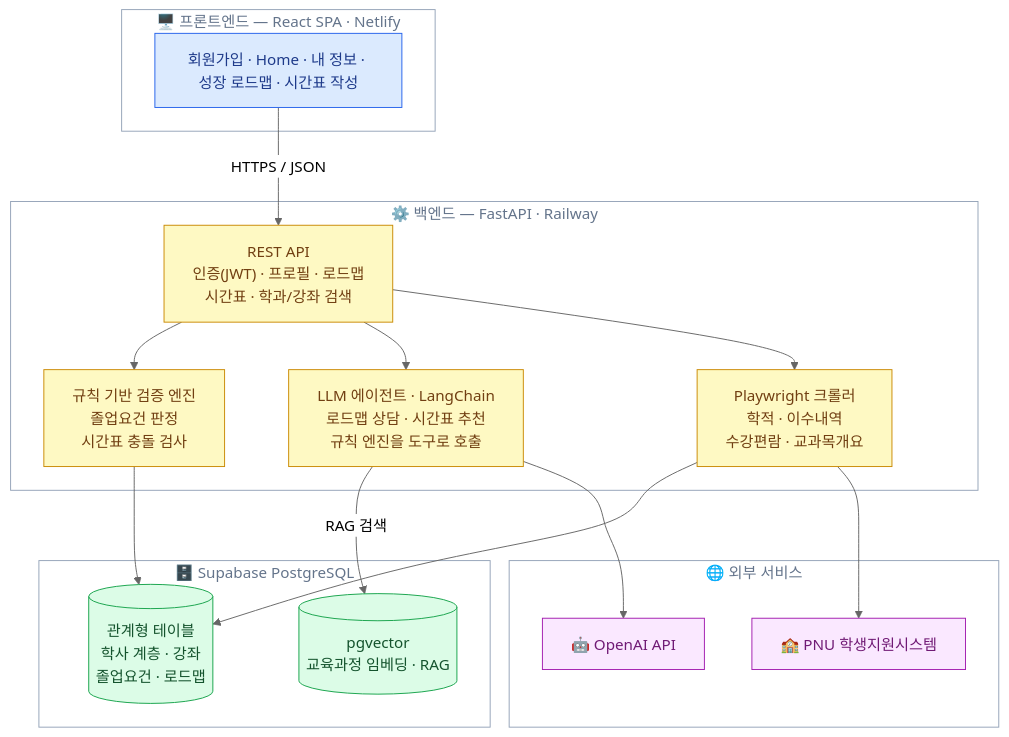
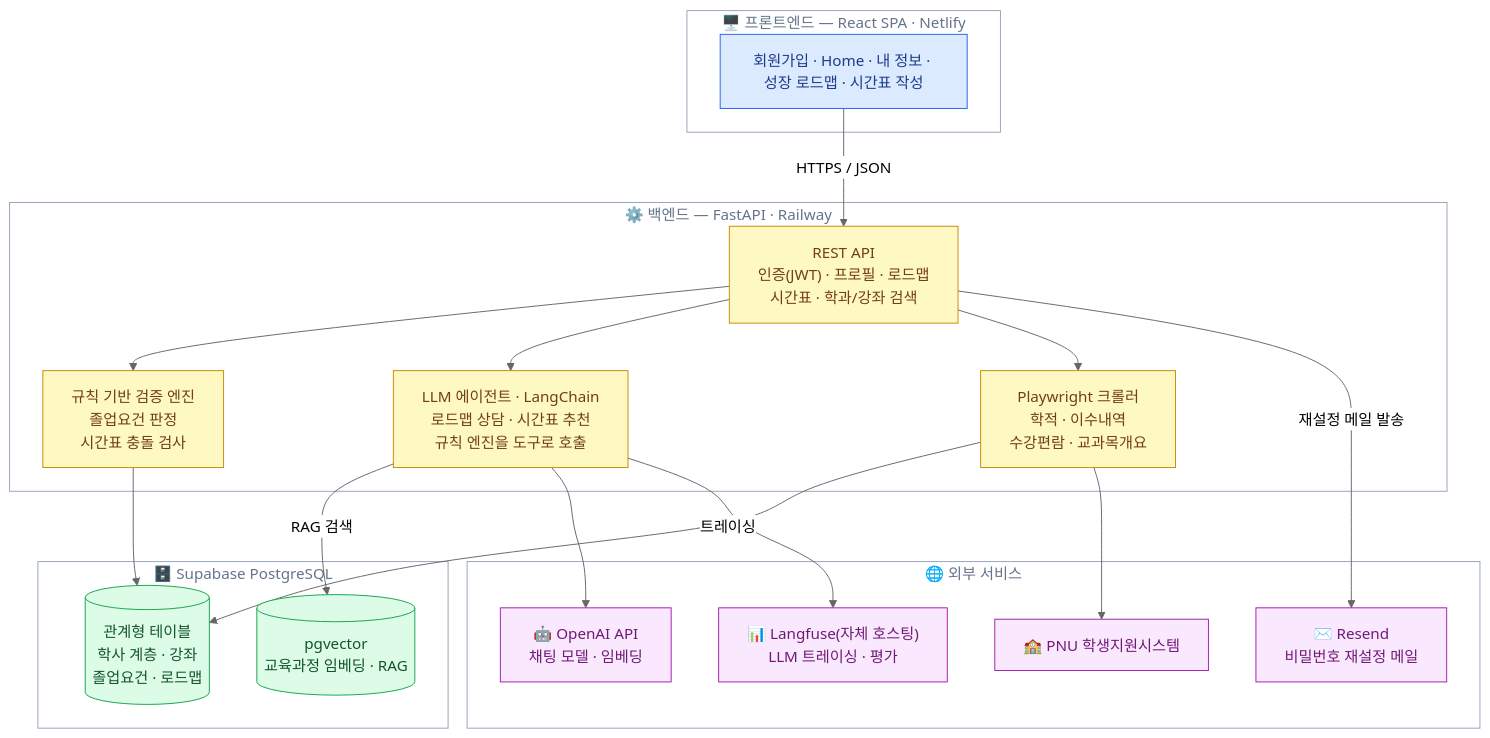
Before and after one commit to PNU-2026-AI-Hackathon/pnuai-a-03-team-u: the first of 3 diagrams in README.md, drawn with Mermaid (neutral theme). The commit also changed other lines of this file and 2 other files, not shown here.

````diff
--- a/README.md
+++ b/README.md
@@ -61,44 +61,48 @@
 ```mermaid
 flowchart TB
     subgraph FRONT["🖥️ 프론트엔드 — React SPA · Netlify"]
         FE["회원가입 · Home · 내 정보 · 성장 로드맵 · 시간표 작성"]
     end
 
     subgraph BACK["⚙️ 백엔드 — FastAPI · Railway"]
         API["REST API<br/>인증(JWT) · 프로필 · 로드맵<br/>시간표 · 학과/강좌 검색"]
         RULE["규칙 기반 검증 엔진<br/>졸업요건 판정<br/>시간표 충돌 검사"]
         AGENT["LLM 에이전트 · LangChain<br/>로드맵 상담 · 시간표 추천<br/>규칙 엔진을 도구로 호출"]
         CRAWL["Playwright 크롤러<br/>학적 · 이수내역<br/>수강편람 · 교과목개요"]
     end
 
     subgraph DATA["🗄️ Supabase PostgreSQL"]
         PG[("관계형 테이블<br/>학사 계층 · 강좌<br/>졸업요건 · 로드맵")]
         VEC[("pgvector<br/>교육과정 임베딩 · RAG")]
     end
 
     subgraph EXT["🌐 외부 서비스"]
-        LLM["🤖 OpenAI API"]
+        LLM["🤖 OpenAI API<br/>채팅 모델 · 임베딩"]
         PNU["🏫 PNU 학생지원시스템"]
+        LANGFUSE["📊 Langfuse(자체 호스팅)<br/>LLM 트레이싱 · 평가"]
+        MAIL["✉️ Resend<br/>비밀번호 재설정 메일"]
     end
 
     FE -->|HTTPS / JSON| API
     API --> RULE
     API --> AGENT
     API --> CRAWL
+    API -->|재설정 메일 발송| MAIL
     RULE --> PG
     AGENT -->|RAG 검색| VEC
     AGENT --> LLM
+    AGENT -->|트레이싱| LANGFUSE
     CRAWL --> PG
     CRAWL --> PNU
 
     classDef front fill:#dbeafe,stroke:#2563eb,color:#1e3a8a
     classDef back fill:#fef9c3,stroke:#ca8a04,color:#713f12
     classDef data fill:#dcfce7,stroke:#16a34a,color:#14532d
     classDef ext fill:#fae8ff,stroke:#a21caf,color:#701a75
     classDef band fill:transparent,stroke:#94a3b8,color:#64748b
     class FE front
     class API,RULE,AGENT,CRAWL back
     class PG,VEC data
-    class LLM,PNU ext
+    class LLM,PNU,LANGFUSE,MAIL ext
     class FRONT,BACK,DATA,EXT band
 ```
````
